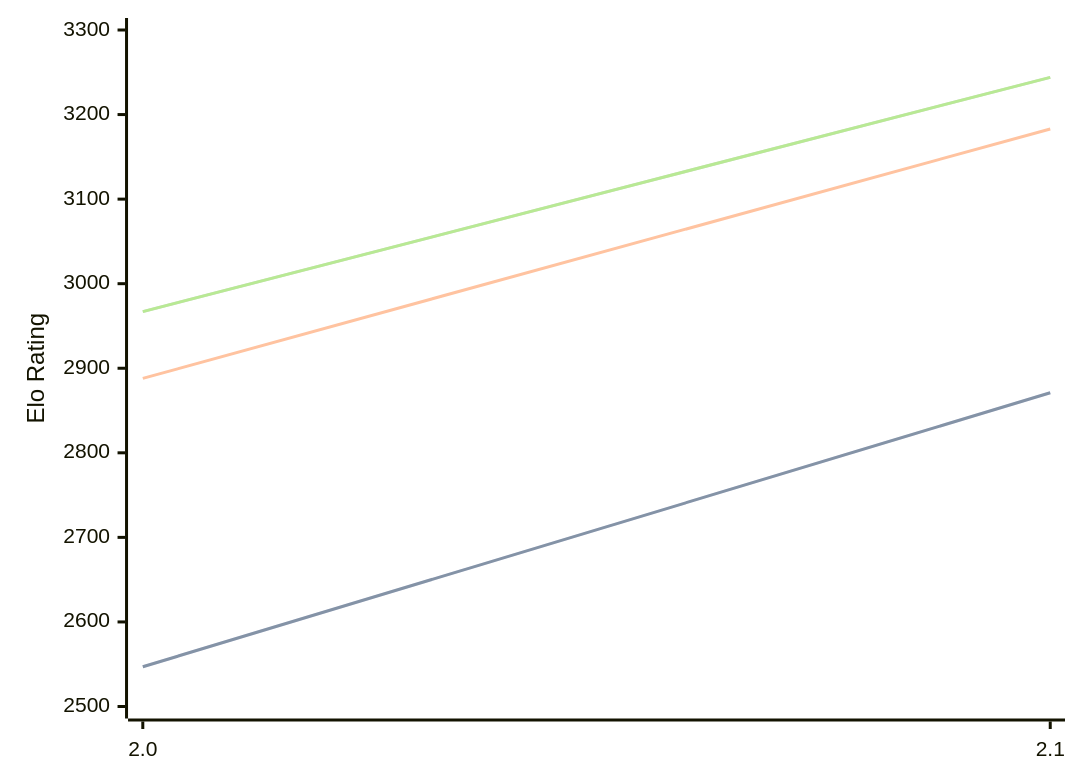
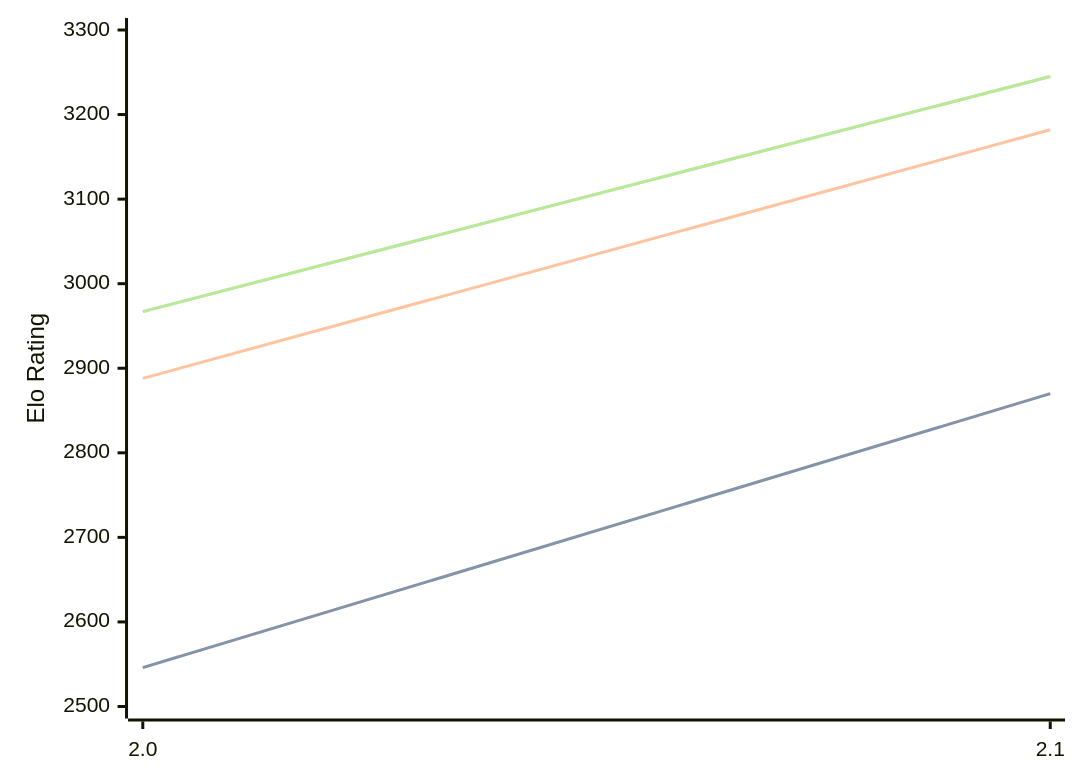
Before and after one commit to computer-chess-index/cci: the diagram in engines/Tunguska.md, drawn with Mermaid. The commit also changed other lines of this file, not shown here.

Commit message:
Update CCI Ratings (ELO VLTC) - 2026-04-21

````diff
--- a/engines/Tunguska.md
+++ b/engines/Tunguska.md
@@ -32,11 +32,11 @@
 ```mermaid
 %%{init: {"theme":"base","themeVariables":{"seriesColors:['#a3a3a3','#222221','#faa371']}}}%%
 xychart-beta
   x-axis ["2.0", "2.1"]
   y-axis "Elo Rating" 2500 --> 3300
-  line "STC (8.0+0.08s)" [2547, 2871]
-  line "STC (8.0+0.08s)" [2547, 2871]
-  line "LTC (60.0+0.60s)" [2888, 3183]
-  line "VLTC (2m24s+1.12s)" [2967, 3244]
-  line "VLTC (2m24s+1.12s)" [2967, 3244]
+  line "STC (8.0+0.08s)" [2546, 2870]
+  line "STC (8.0+0.08s)" [2546, 2870]
+  line "LTC (60.0+0.60s)" [2888, 3182]
+  line "VLTC (2m24s+1.12s)" [2967, 3245]
+  line "VLTC (2m24s+1.12s)" [2967, 3245]
 ```
````
